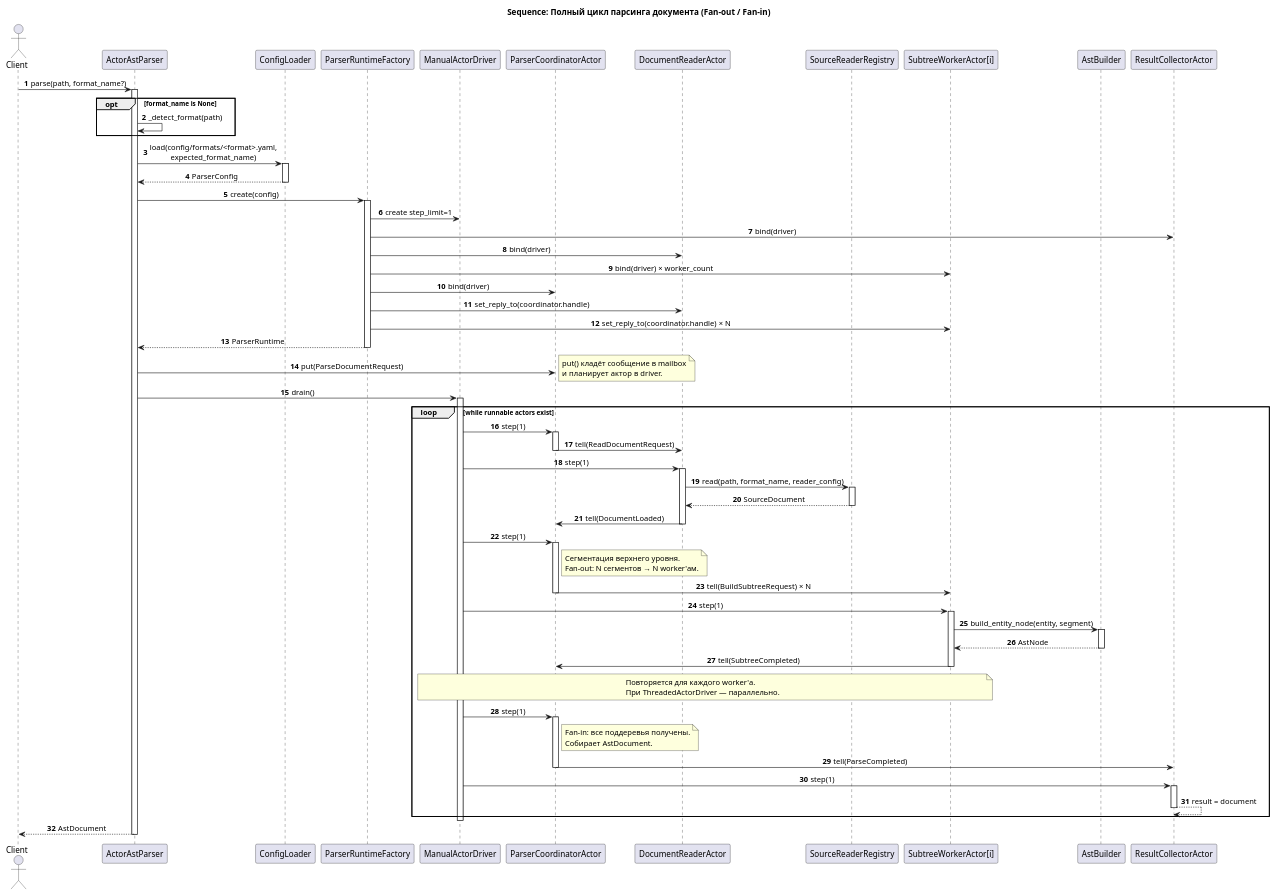
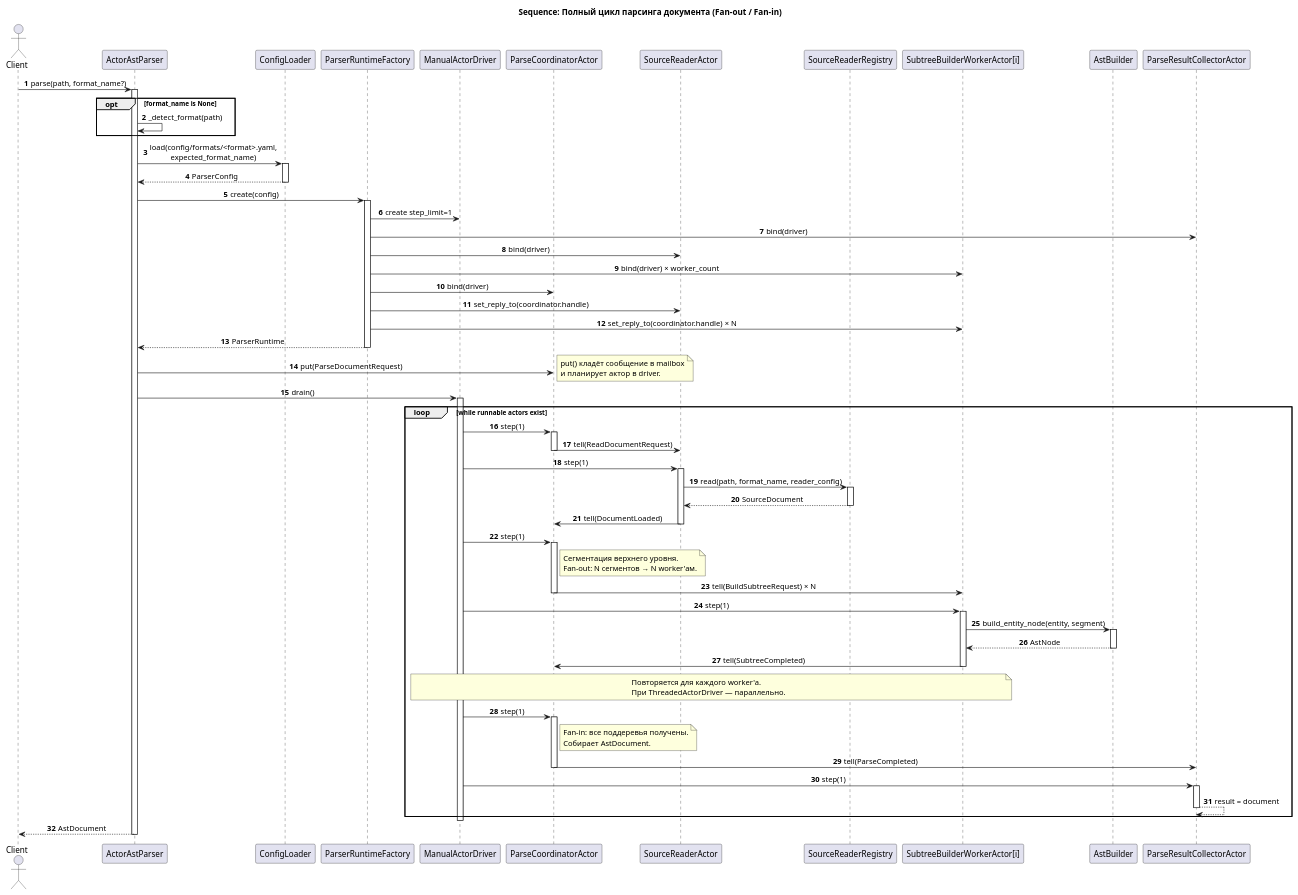
Before and after one commit to Forthey/DiGr: the diagram in docs/uml/ast_parser_sequence.puml, drawn with PlantUML. The commit also changed 12 other files, not shown here.

```diff
--- a/docs/uml/ast_parser_sequence.puml
+++ b/docs/uml/ast_parser_sequence.puml
@@ -1,113 +1,113 @@
 @startuml
 autonumber
 skinparam shadowing false
 skinparam sequenceMessageAlign center
 skinparam responseMessageBelowArrow true
 
 title Sequence: Полный цикл парсинга документа (Fan-out / Fan-in)
 
 actor Client
 participant ActorAstParser
 participant ConfigLoader
 participant ParserRuntimeFactory
 participant ManualActorDriver as Driver
-participant ParserCoordinatorActor as Coordinator
-participant DocumentReaderActor as Reader
+participant ParseCoordinatorActor as Coordinator
+participant SourceReaderActor as Reader
 participant SourceReaderRegistry
-participant "SubtreeWorkerActor[i]" as Worker
+participant "SubtreeBuilderWorkerActor[i]" as Worker
 participant AstBuilder
-participant ResultCollectorActor as Collector
+participant ParseResultCollectorActor as Collector
 
 Client -> ActorAstParser: parse(path, format_name?)
 activate ActorAstParser
 
 opt format_name is None
   ActorAstParser -> ActorAstParser: _detect_format(path)
 end
 
 ActorAstParser -> ConfigLoader: load(config/formats/<format>.yaml,\nexpected_format_name)
 activate ConfigLoader
 ConfigLoader --> ActorAstParser: ParserConfig
 deactivate ConfigLoader
 
 ActorAstParser -> ParserRuntimeFactory: create(config)
 activate ParserRuntimeFactory
 ParserRuntimeFactory -> Driver: create step_limit=1
 ParserRuntimeFactory -> Collector: bind(driver)
 ParserRuntimeFactory -> Reader: bind(driver)
 ParserRuntimeFactory -> Worker: bind(driver) × worker_count
 ParserRuntimeFactory -> Coordinator: bind(driver)
 ParserRuntimeFactory -> Reader: set_reply_to(coordinator.handle)
 ParserRuntimeFactory -> Worker: set_reply_to(coordinator.handle) × N
 ParserRuntimeFactory --> ActorAstParser: ParserRuntime
 deactivate ParserRuntimeFactory
 
 ActorAstParser -> Coordinator: put(ParseDocumentRequest)
 note right
   put() кладёт сообщение в mailbox
   и планирует актор в driver.
 end note
 
 ActorAstParser -> Driver: drain()
 activate Driver
 
 loop while runnable actors exist
 
   Driver -> Coordinator: step(1)
   activate Coordinator
   Coordinator -> Reader: tell(ReadDocumentRequest)
   deactivate Coordinator
 
   Driver -> Reader: step(1)
   activate Reader
   Reader -> SourceReaderRegistry: read(path, format_name, reader_config)
   activate SourceReaderRegistry
   SourceReaderRegistry --> Reader: SourceDocument
   deactivate SourceReaderRegistry
   Reader -> Coordinator: tell(DocumentLoaded)
   deactivate Reader
 
   Driver -> Coordinator: step(1)
   activate Coordinator
   note right of Coordinator
     Сегментация верхнего уровня.
     Fan-out: N сегментов → N worker'ам.
   end note
   Coordinator -> Worker: tell(BuildSubtreeRequest) × N
   deactivate Coordinator
 
   Driver -> Worker: step(1)
   activate Worker
   Worker -> AstBuilder: build_entity_node(entity, segment)
   activate AstBuilder
   AstBuilder --> Worker: AstNode
   deactivate AstBuilder
   Worker -> Coordinator: tell(SubtreeCompleted)
   deactivate Worker
 
   note over Driver, Worker
     Повторяется для каждого worker'а.
     При ThreadedActorDriver — параллельно.
   end note
 
   Driver -> Coordinator: step(1)
   activate Coordinator
   note right of Coordinator
     Fan-in: все поддеревья получены.
     Собирает AstDocument.
   end note
   Coordinator -> Collector: tell(ParseCompleted)
   deactivate Coordinator
 
   Driver -> Collector: step(1)
   activate Collector
   Collector --> Collector: result = document
   deactivate Collector
 end
 
 deactivate Driver
 
 ActorAstParser --> Client: AstDocument
 deactivate ActorAstParser
 
 @enduml
```
